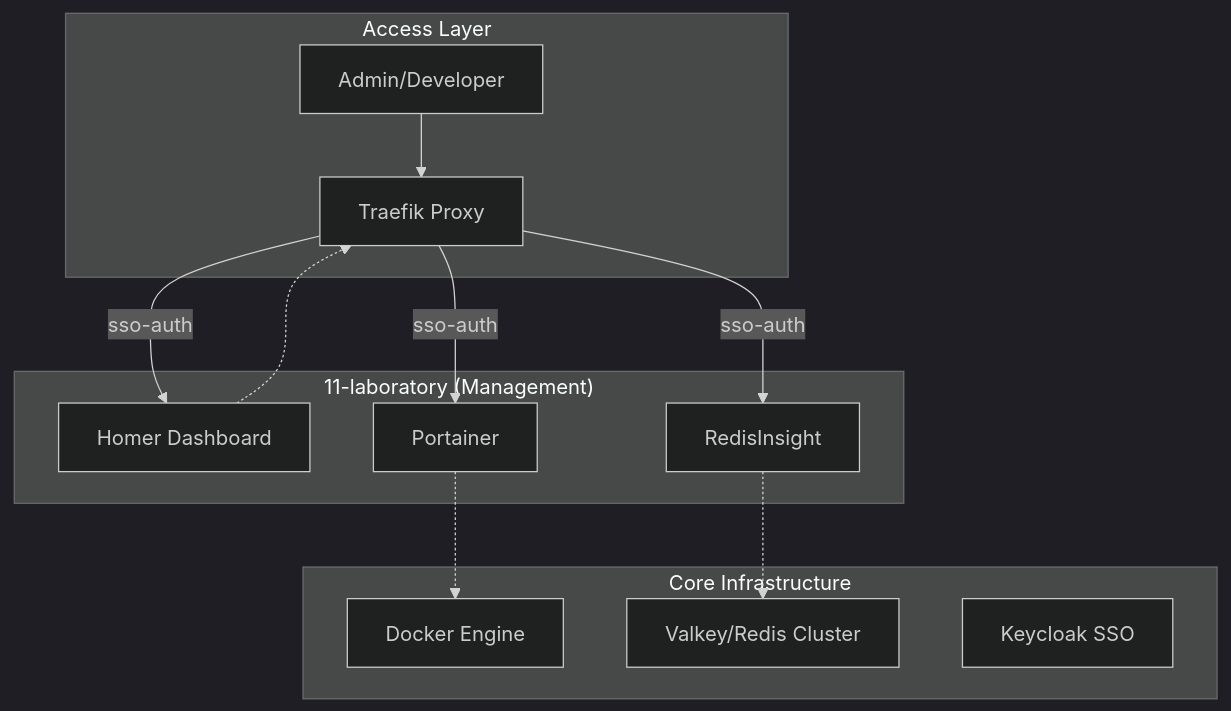
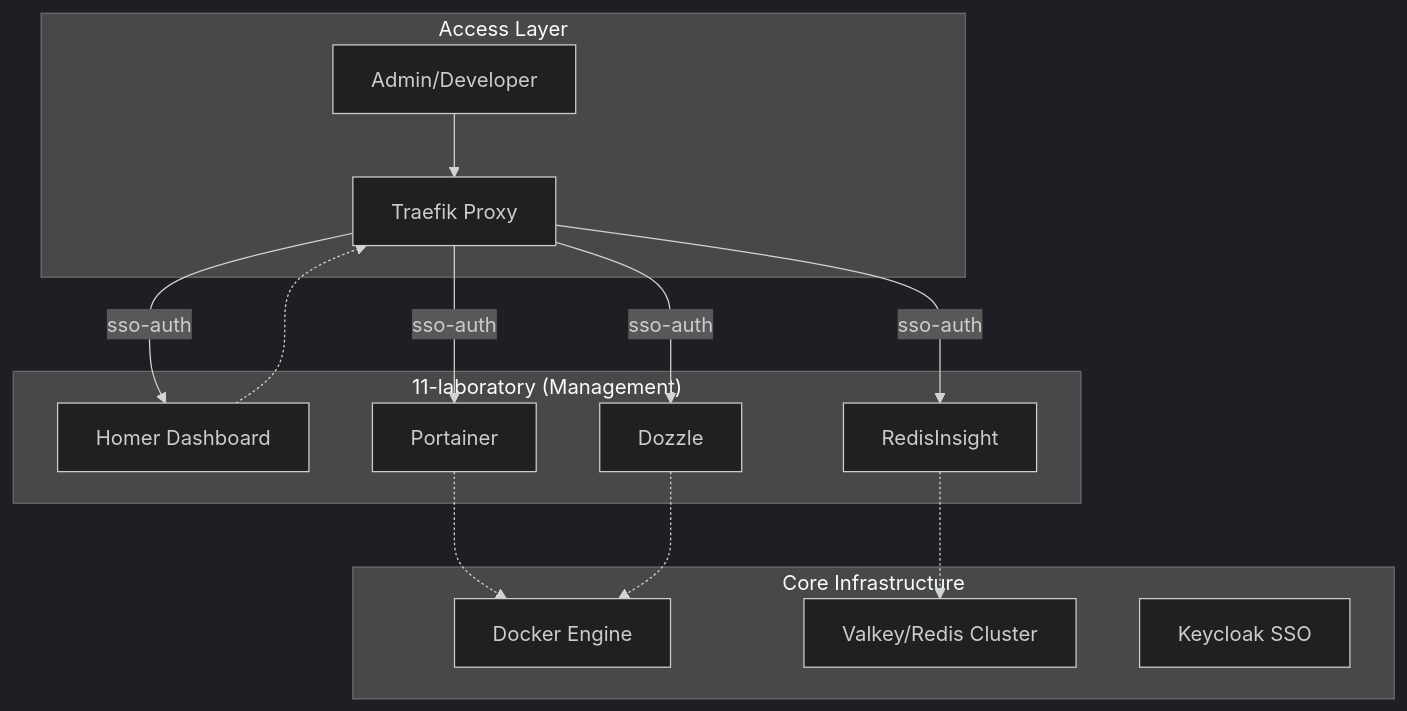
Before and after one commit to buenhyden/hy-home.docker: the diagram in docs/02.ard/0011-laboratory-architecture.md, drawn with Mermaid (dark theme). The commit also changed other lines of this file and 86 other files, not shown here.

````diff
--- a/docs/02.ard/0011-laboratory-architecture.md
+++ b/docs/02.ard/0011-laboratory-architecture.md
@@ -11,28 +26,31 @@
 ```mermaid
 graph TD
     subgraph "Access Layer"
         User[Admin/Developer]
         TF[Traefik Proxy]
     end
 
     subgraph "11-laboratory (Management)"
         Dash[Homer Dashboard]
         Port[Portainer]
         RI[RedisInsight]
+        Doz[Dozzle]
     end
 
     subgraph "Core Infrastructure"
         DockerPool[Docker Engine]
         RedisPool[Valkey/Redis Cluster]
         Auth[Keycloak SSO]
     end
 
     User --> TF
     TF -- "sso-auth" --> Dash
     TF -- "sso-auth" --> Port
     TF -- "sso-auth" --> RI
+    TF -- "sso-auth" --> Doz
 
     Port -.-> DockerPool
+    Doz -.-> DockerPool
     RI -.-> RedisPool
     Dash -.-> TF
 ```
````
